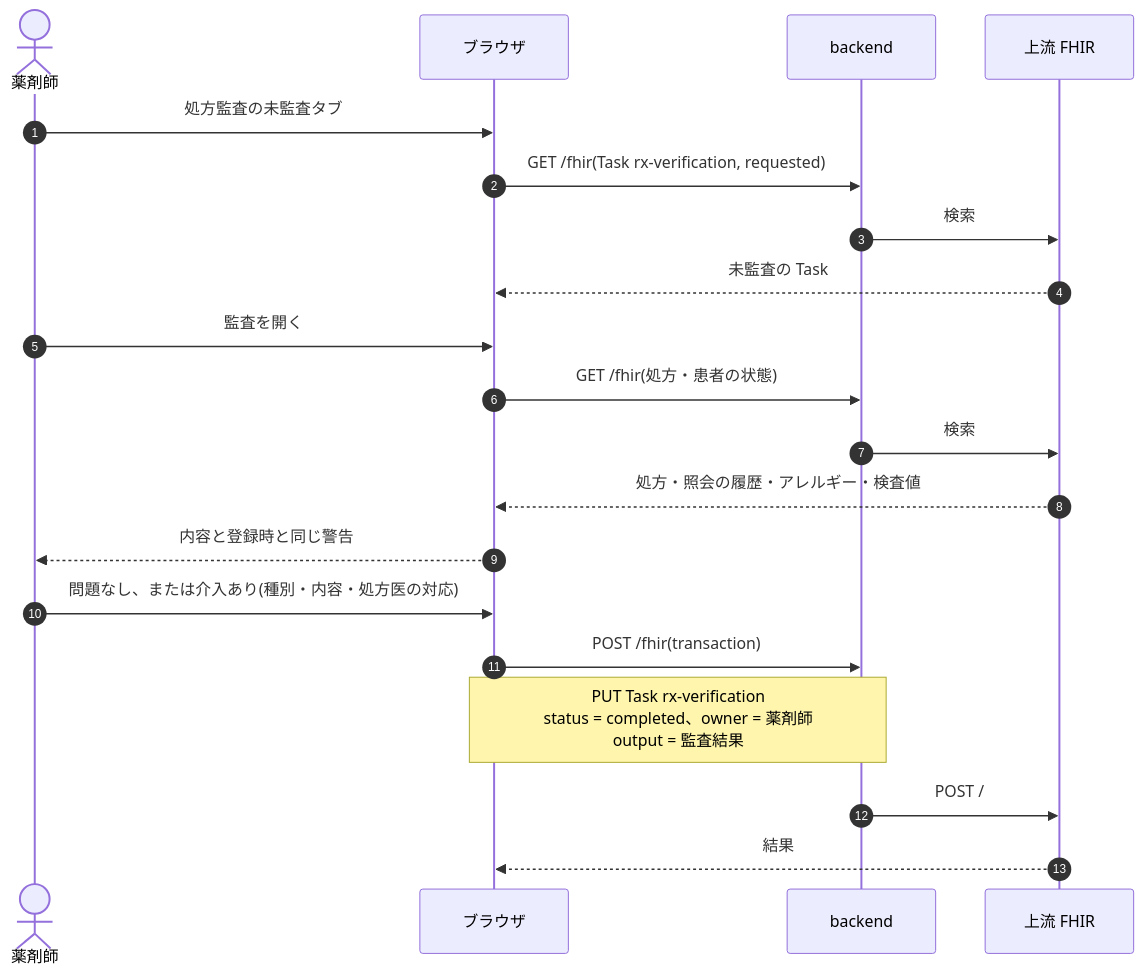
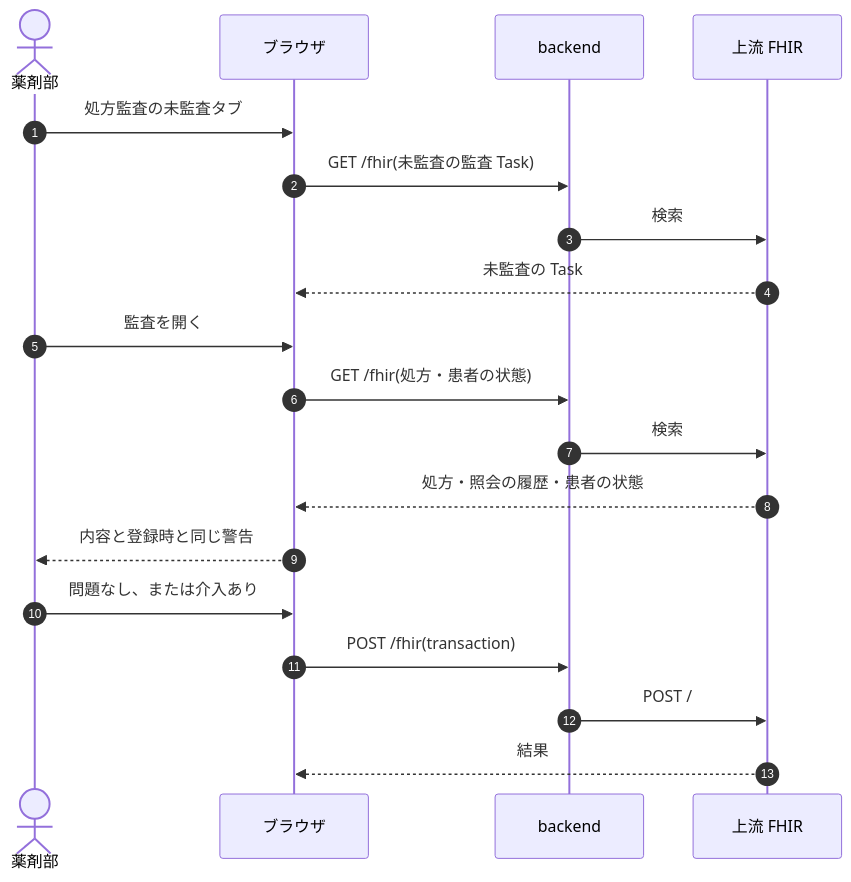
One commit to ysnr-dev/fhir-client-docs changed the fifth of 12 diagrams in docs/dev/prescription.md. Above: the diagram before and after it, drawn with Mermaid. The commit also changed other lines of this file and 43 other files, not shown here.

Commit message:
docs: 業務フローとシーケンス図を写し直し

````diff
--- a/docs/dev/prescription.md
+++ b/docs/dev/prescription.md
@@ -120,23 +225,22 @@
 ```mermaid
 sequenceDiagram
   autonumber
-  actor Ph as 薬剤師
+  actor Ph as 薬剤部
   participant UI as ブラウザ
   participant BE as backend
   participant FHIR as 上流 FHIR
 
   Ph->>UI: 処方監査の未監査タブ
-  UI->>BE: GET /fhir(Task rx-verification, requested)
+  UI->>BE: GET /fhir(未監査の監査 Task)
   BE->>FHIR: 検索
   FHIR-->>UI: 未監査の Task
   Ph->>UI: 監査を開く
   UI->>BE: GET /fhir(処方・患者の状態)
   BE->>FHIR: 検索
-  FHIR-->>UI: 処方・照会の履歴・アレルギー・検査値
+  FHIR-->>UI: 処方・照会の履歴・患者の状態
   UI-->>Ph: 内容と登録時と同じ警告
-  Ph->>UI: 問題なし、または介入あり(種別・内容・処方医の対応)
+  Ph->>UI: 問題なし、または介入あり
   UI->>BE: POST /fhir(transaction)
-  Note over UI,BE: PUT Task rx-verification<br/>status = completed、owner = 薬剤師<br/>output = 監査結果
   BE->>FHIR: POST /
   FHIR-->>UI: 結果
 ```
````
